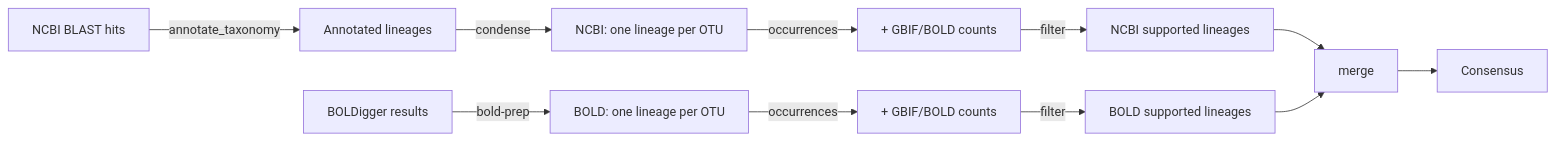
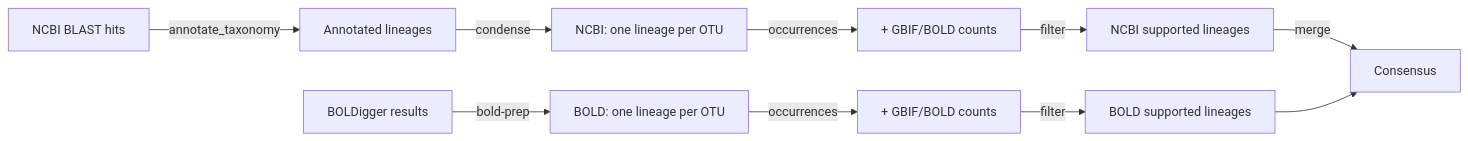
The diagram in README.md (sararsampaio/taxcord), drawn with Mermaid before and after one commit.

Commit message:
Render merge as an edge label like the other pipeline commands
Show merge as a single edge label into the Consensus node, consistent with
condense/occurrences/filter, instead of a separate rectangle node.

````diff
--- a/README.md
+++ b/README.md
@@ -19,15 +19,14 @@
 ```mermaid
 flowchart LR
     A[NCBI BLAST hits] -->|annotate_taxonomy| B[Annotated lineages]
     B -->|condense| C[NCBI: one lineage per OTU]
     C -->|occurrences| D[+ GBIF/BOLD counts]
     D -->|filter| E[NCBI supported lineages]
 
     A2[BOLDigger results] -->|bold-prep| C2[BOLD: one lineage per OTU]
     C2 -->|occurrences| D2[+ GBIF/BOLD counts]
     D2 -->|filter| E2[BOLD supported lineages]
 
-    E --> M[merge]
-    E2 --> M
-    M --> F[Consensus]
+    E -->|merge| F[Consensus]
+    E2 --> F
 ```
````
